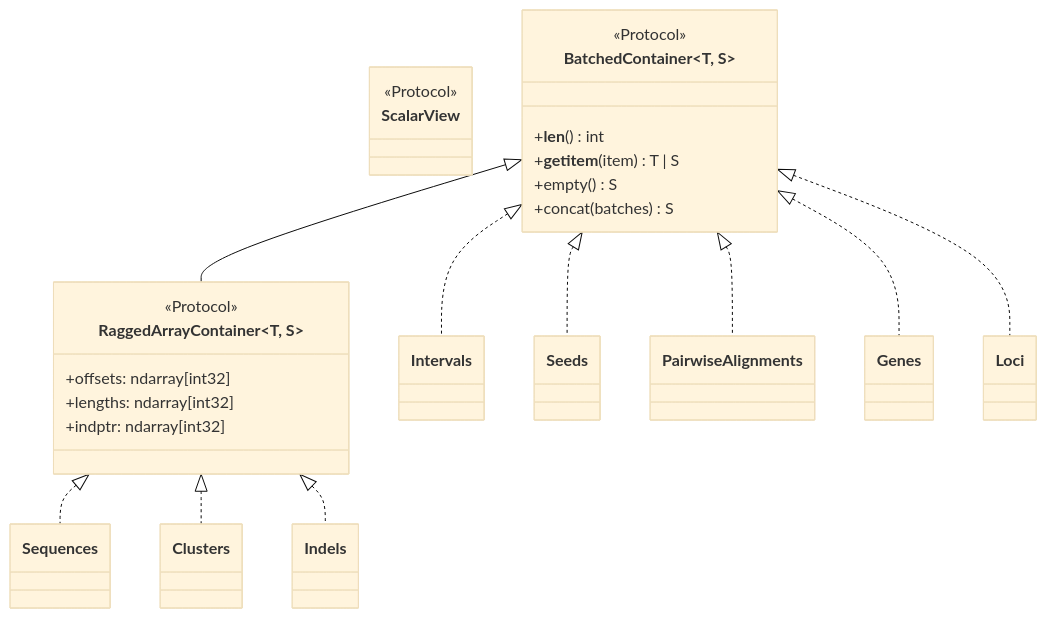
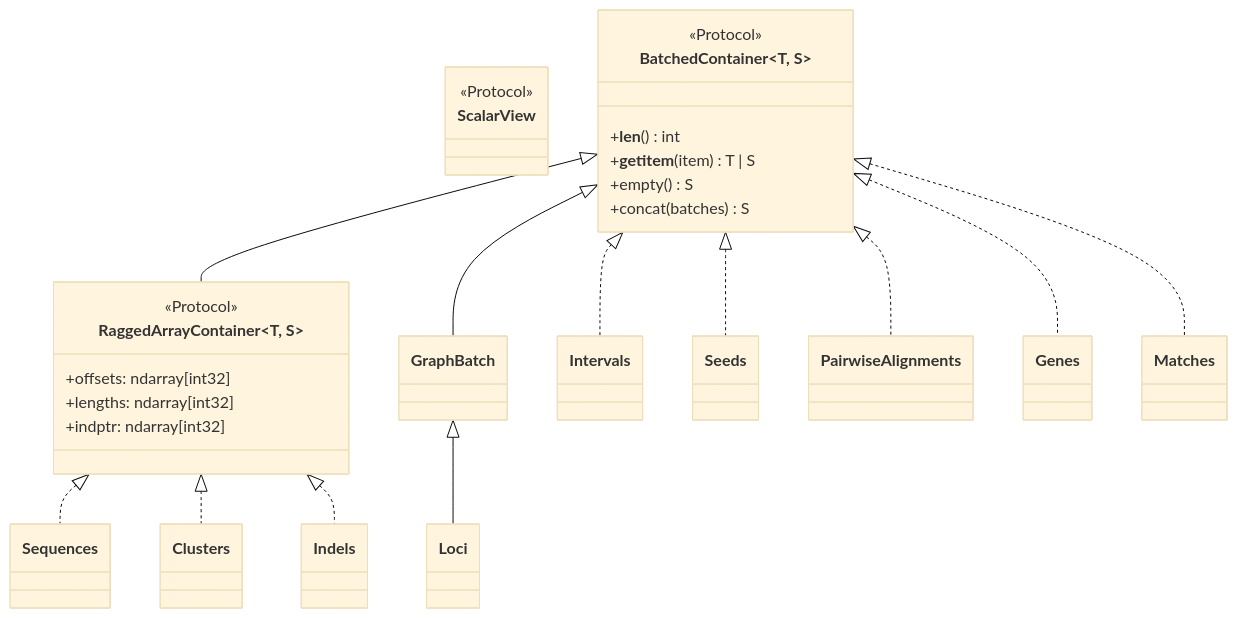
One commit to SeroVerse/SeroGen changed the diagram in docs/architecture.md. Above: the diagram before and after it, drawn with Mermaid (base theme). The commit also changed other lines of this file and 22 other files, not shown here.

````diff
--- a/docs/architecture.md
+++ b/docs/architecture.md
@@ -19,28 +36,30 @@
 ```mermaid
 classDiagram
     class ScalarView {
         <<Protocol>>
     }
     class BatchedContainer~T, S~ {
         <<Protocol>>
         +__len__() int
         +__getitem__(item) T | S
         +empty() S
         +concat(batches) S
     }
     class RaggedArrayContainer~T, S~ {
         <<Protocol>>
         +offsets: ndarray[int32]
         +lengths: ndarray[int32]
         +indptr: ndarray[int32]
     }
     BatchedContainer <|-- RaggedArrayContainer
+    BatchedContainer <|-- GraphBatch
     BatchedContainer <|.. Intervals
     BatchedContainer <|.. Seeds
     BatchedContainer <|.. PairwiseAlignments
     BatchedContainer <|.. Genes
-    BatchedContainer <|.. Loci
+    BatchedContainer <|.. Matches
+    GraphBatch <|-- Loci
     RaggedArrayContainer <|.. Sequences
     RaggedArrayContainer <|.. Clusters
     RaggedArrayContainer <|.. Indels
 ```
````
